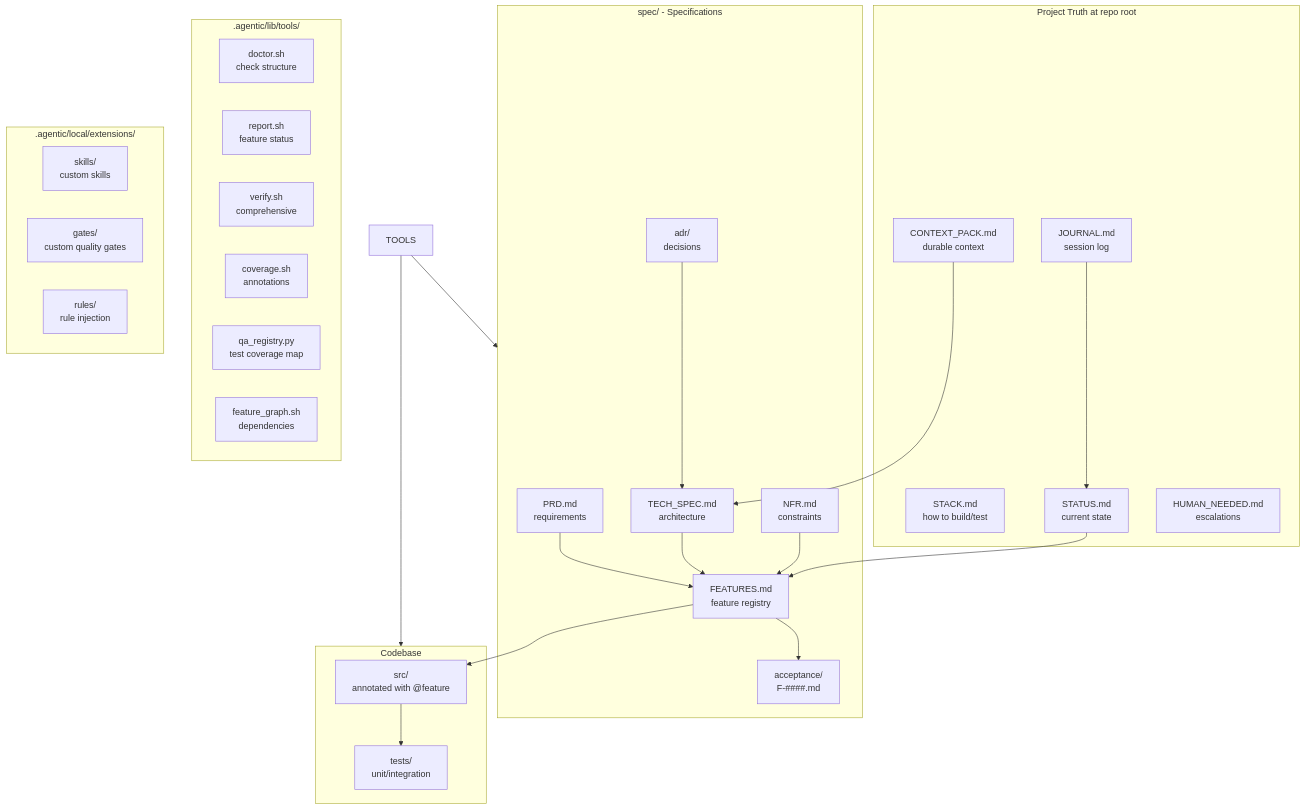
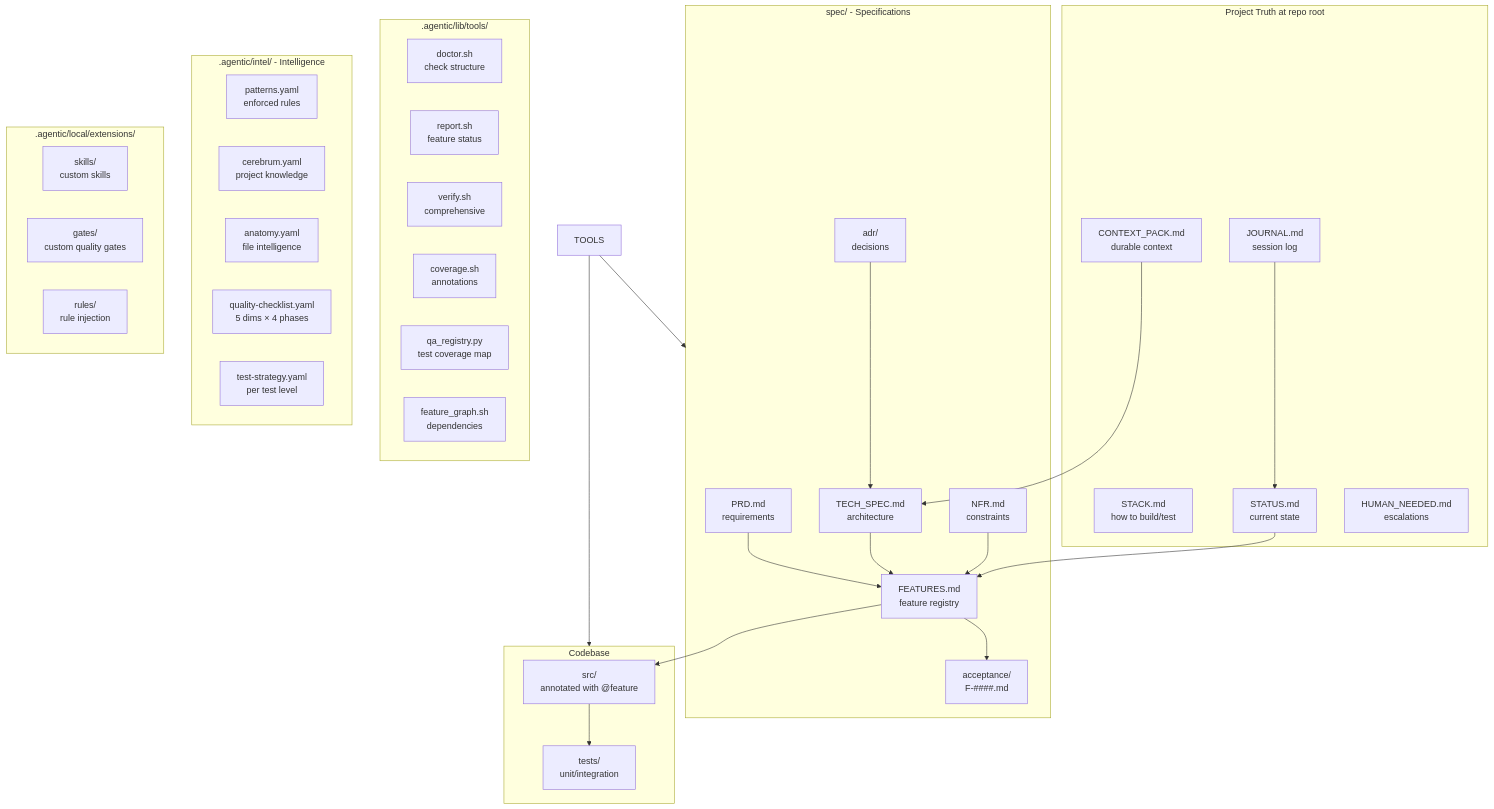
One commit to tomgun/agentic-framework changed the first of 11 diagrams in .agentic/lib/FRAMEWORK_MAP.md. Above: the diagram before and after it, drawn with Mermaid. The commit also changed other lines of this file and 4 other files, not shown here.

````diff
--- a/.agentic/lib/FRAMEWORK_MAP.md
+++ b/.agentic/lib/FRAMEWORK_MAP.md
@@ -12,55 +12,63 @@
 ```mermaid
 graph TB
     subgraph truth [Project Truth at repo root]
         STACK[STACK.md<br/>how to build/test]
         STATUS[STATUS.md<br/>current state]
         CONTEXT[CONTEXT_PACK.md<br/>durable context]
         JOURNAL[JOURNAL.md<br/>session log]
         HUMAN[HUMAN_NEEDED.md<br/>escalations]
     end
     
     subgraph specs [spec/ - Specifications]
         PRD[PRD.md<br/>requirements]
         TECH[TECH_SPEC.md<br/>architecture]
         FEATURES[FEATURES.md<br/>feature registry]
         NFR[NFR.md<br/>constraints]
         ACC[acceptance/<br/>F-####.md]
         ADR[adr/<br/>decisions]
     end
     
     subgraph code [Codebase]
         SRC[src/<br/>annotated with @feature]
         TESTS[tests/<br/>unit/integration]
     end
     
     subgraph tools [.agentic/lib/tools/]
         DOCTOR[doctor.sh<br/>check structure]
         REPORT[report.sh<br/>feature status]
         VERIFY[verify.sh<br/>comprehensive]
         COVERAGE[coverage.sh<br/>annotations]
         QAREG[qa_registry.py<br/>test coverage map]
         GRAPH[feature_graph.sh<br/>dependencies]
     end
 
+    subgraph intel [.agentic/intel/ - Intelligence]
+        PATTERNS[patterns.yaml<br/>enforced rules]
+        CEREBRUM[cerebrum.yaml<br/>project knowledge]
+        ANATOMY[anatomy.yaml<br/>file intelligence]
+        QC[quality-checklist.yaml<br/>5 dims × 4 phases]
+        TSTRAT[test-strategy.yaml<br/>per test level]
+    end
+
     subgraph extensions [.agentic/local/extensions/]
         EXT_SKILLS[skills/<br/>custom skills]
         EXT_GATES[gates/<br/>custom quality gates]
         EXT_RULES[rules/<br/>rule injection]
     end
     
     PRD --> FEATURES
     TECH --> FEATURES
     FEATURES --> ACC
     FEATURES --> SRC
     NFR --> FEATURES
     ADR --> TECH
     
     SRC --> TESTS
     
     TOOLS --> specs
     TOOLS --> code
     
     STATUS --> FEATURES
     CONTEXT --> TECH
     JOURNAL --> STATUS
 ```
````
